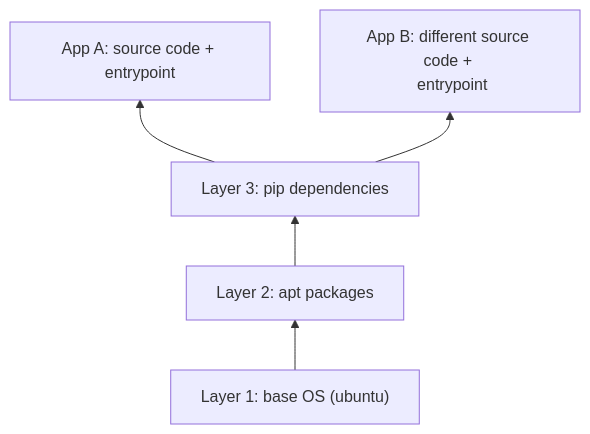
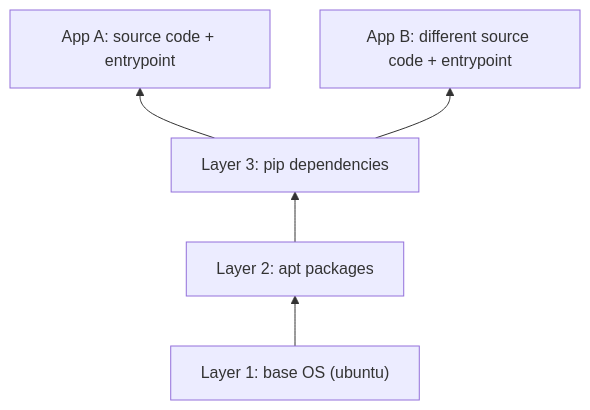
Diagram 29 of 29 in README.md (garashov/k8s-ckad-exam-prep), drawn with Mermaid before and after one commit. The commit also changed other lines of this file, not shown here.

````diff
--- a/README.md
+++ b/README.md
@@ -4228,5 +4228,5 @@
 ```mermaid
 flowchart BT
     L1["Layer 1: base OS (ubuntu)"] --> L2["Layer 2: apt packages"] --> L3["Layer 3: pip dependencies"] --> L4A["App A: source code + entrypoint"]
-    L3 --> L4B["App B: different source code + <br/> entrypoint"]
+    L3 --> L4B["App B: different source code + entrypoint"]
 ```
````
